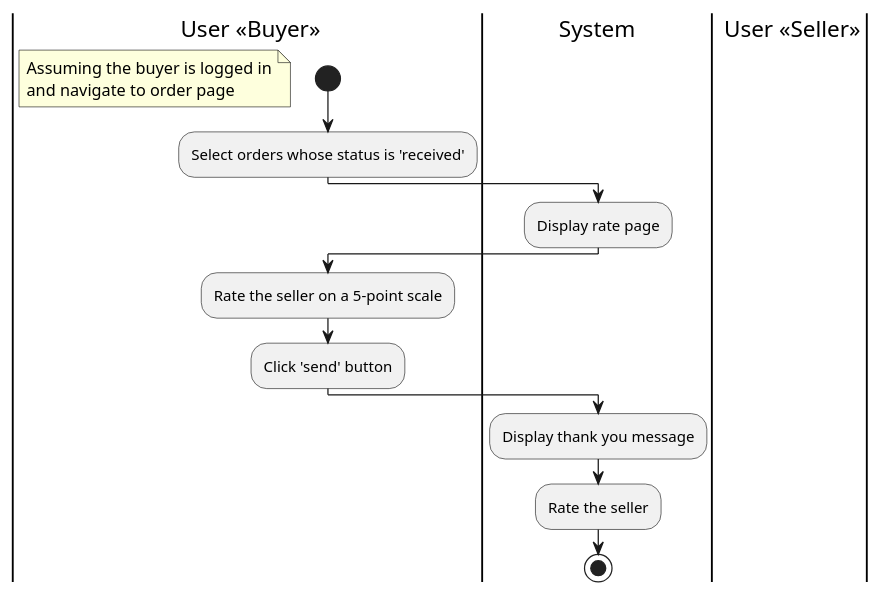
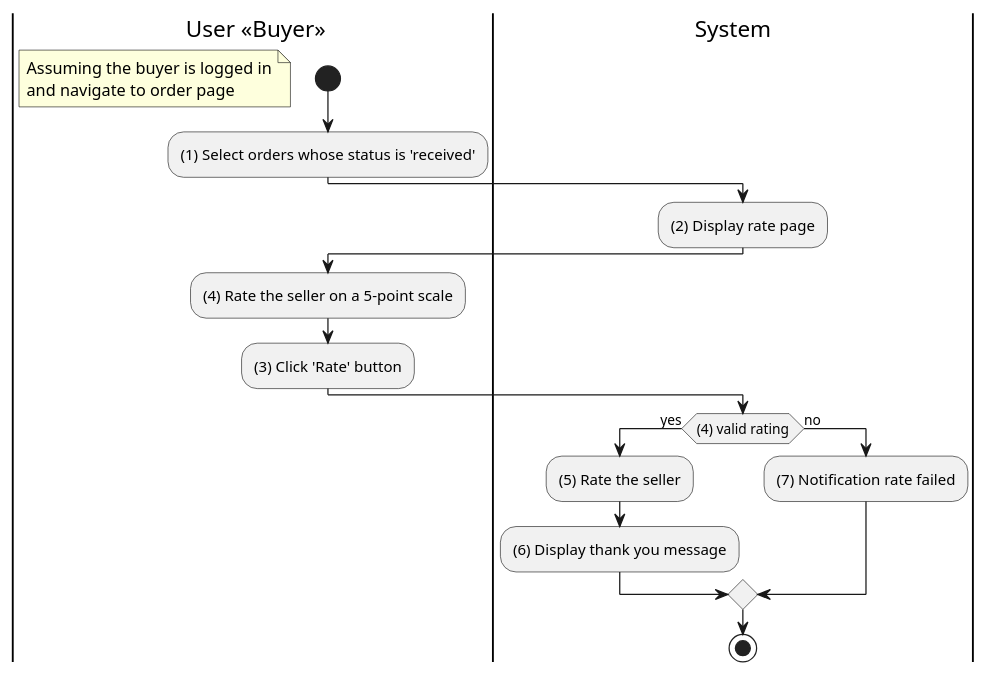
The diagram in Lab 1.2/puml-code/activity/rate-seller.puml (doublek2712/SE357-Pratice-class), drawn with PlantUML before and after one commit. The commit also changed 3 other files, not shown here.

```diff
--- a/Lab 1.2/puml-code/activity/rate-seller.puml
+++ b/Lab 1.2/puml-code/activity/rate-seller.puml
@@ -1,23 +1,26 @@
 @startuml
 |Buyer| User <<Buyer>> 
 |System|
-|Seller| User <<Seller>> 
 
 |Buyer|
 start
 floating note left
 Assuming the buyer is logged in
 and navigate to order page
 end note
 
-:Select orders whose status is 'received';
+:(1) Select orders whose status is 'received';
 |System|
-:Display rate page;
+:(2) Display rate page;
 |Buyer|
-:Rate the seller on a 5-point scale;
-:Click 'send' button;
+:(4) Rate the seller on a 5-point scale;
+:(3) Click 'Rate' button;
 |System|
-:Display thank you message;
-:Rate the seller;
+if ((4) valid rating) then (yes)
+:(5) Rate the seller;
+:(6) Display thank you message;
+else (no)
+:(7) Notification rate failed;
+endif
 stop
 @enduml
```
